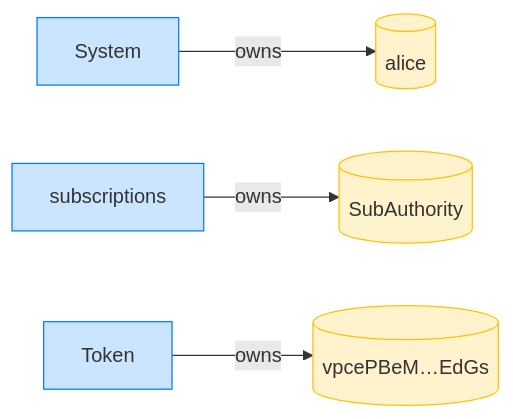
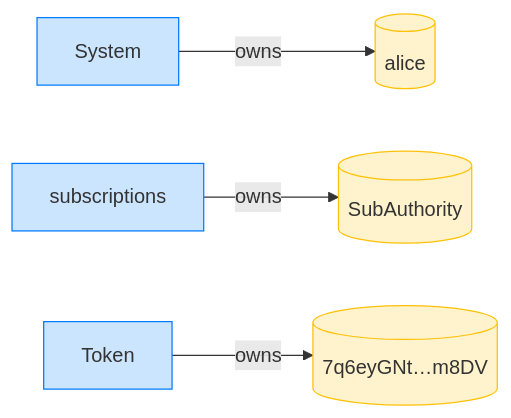
The fourth of 20 diagrams in dsl_tests/recurring-transfer-succeeds-across-pulls-within-a-period.md (cds-rs/subscriptions), drawn with Mermaid before and after one commit. The commit also changed other lines of this file and 224 other files, not shown here.

````diff
--- a/dsl_tests/recurring-transfer-succeeds-across-pulls-within-a-period.md
+++ b/dsl_tests/recurring-transfer-succeeds-across-pulls-within-a-period.md
@@ -73,14 +78,14 @@
 ```mermaid
 flowchart LR
     classDef owner fill:#cce5ff,stroke:#007bff;
     classDef account fill:#fff3cd,stroke:#ffc107;
     System[System]:::owner
     alice[(alice)]:::account
     subscriptions[subscriptions]:::owner
     SubAuthority[(SubAuthority)]:::account
     Token[Token]:::owner
-    vpcePBeM_EdGs[("vpcePBeM…EdGs")]:::account
+    7q6eyGNt_m8DV[("7q6eyGNt…m8DV")]:::account
     System -->|owns| alice
     subscriptions -->|owns| SubAuthority
-    Token -->|owns| vpcePBeM_EdGs
+    Token -->|owns| 7q6eyGNt_m8DV
 ```
````
